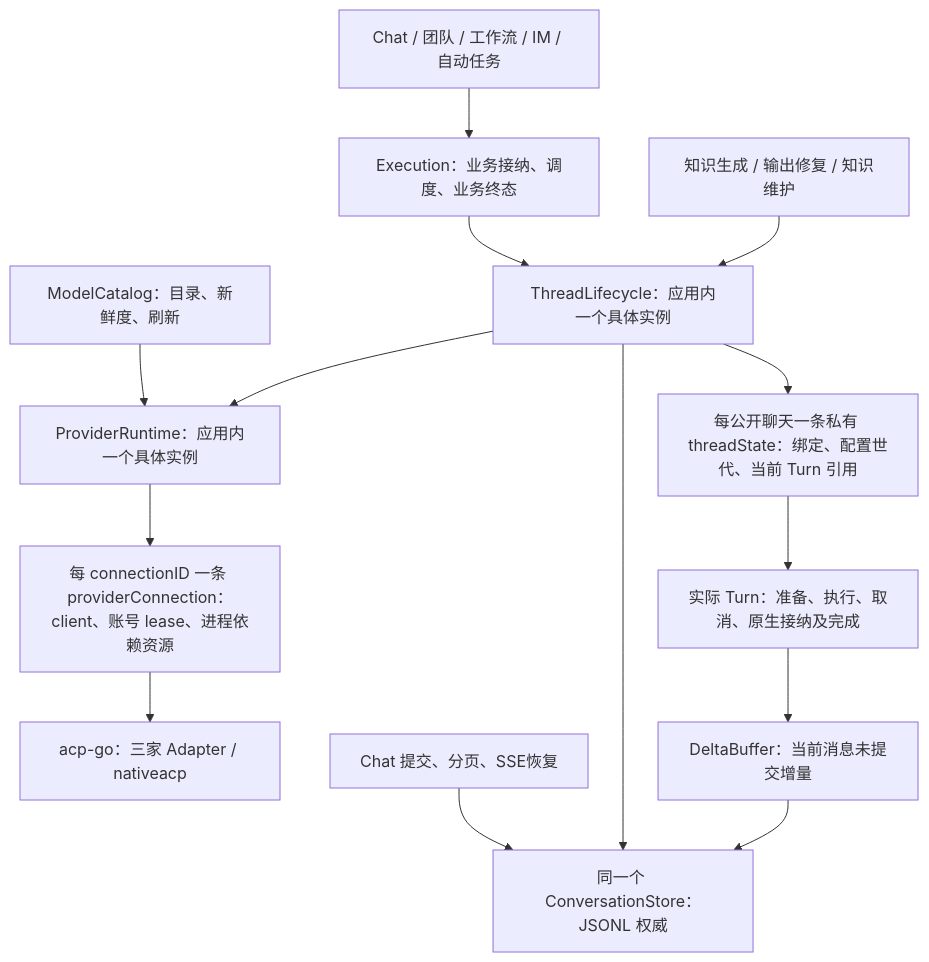
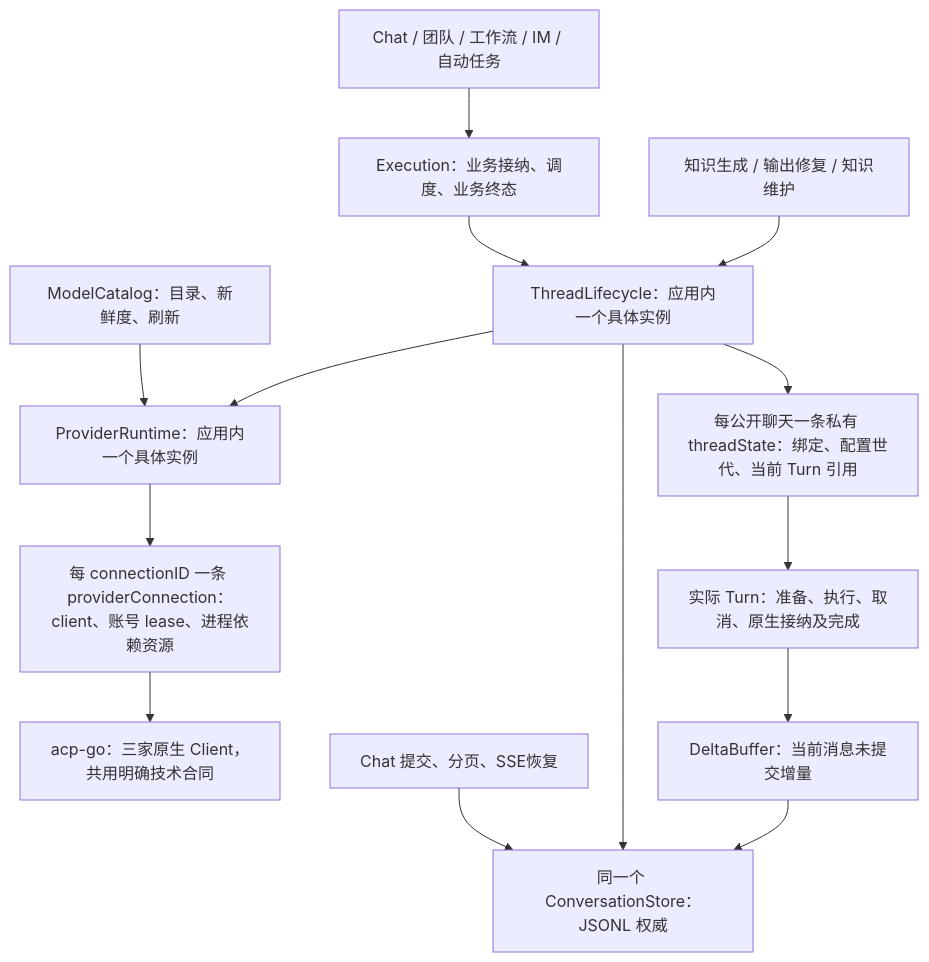
The first of 2 diagrams in docs/discussions/agentruntime-rebuild/p0-ownership-cn.md (JieWaZi/NeuxBot), drawn with Mermaid before and after one commit. The commit also changed other lines of this file and 2 other files, not shown here.

````diff
--- a/docs/discussions/agentruntime-rebuild/p0-ownership-cn.md
+++ b/docs/discussions/agentruntime-rebuild/p0-ownership-cn.md
@@ -21,16 +21,16 @@
 ```mermaid
 flowchart TD
   Business[Chat / 团队 / 工作流 / IM / 自动任务] --> Execution[Execution：业务接纳、调度、业务终态]
   Text[知识生成 / 输出修复 / 知识维护] --> Threads
   Execution --> Threads[ThreadLifecycle：应用内一个具体实例]
   Threads --> ThreadState[每公开聊天一条私有 threadState：绑定、配置世代、当前 Turn 引用]
   ThreadState --> Turn[实际 Turn：准备、执行、取消、原生接纳及完成]
   Threads --> Providers[ProviderRuntime：应用内一个具体实例]
   Providers --> Connection[每 connectionID 一条 providerConnection：client、账号 lease、进程依赖资源]
-  Connection --> ACP[acp-go：三家 Adapter / nativeacp]
+  Connection --> ACP[acp-go：三家原生 Client，共用明确技术合同]
   Turn --> Buffer[DeltaBuffer：当前消息未提交增量]
   Buffer --> Store[同一个 ConversationStore：JSONL 权威]
   Threads --> Store
   Chat[Chat 提交、分页、SSE恢复] --> Store
   Catalog[ModelCatalog：目录、新鲜度、刷新] --> Providers
 ```
````
